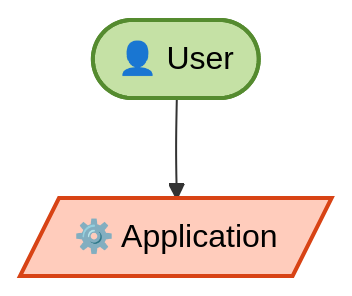
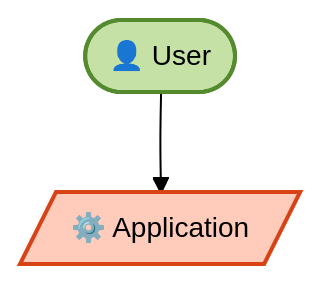
The diagram in calm-widgets/test-fixtures/block-architecture-widget/theme-custom/expected.md (finos/architecture-as-code), drawn with Mermaid before and after one commit. The commit also changed 18 other files, not shown here.

````diff
--- a/calm-widgets/test-fixtures/block-architecture-widget/theme-custom/expected.md
+++ b/calm-widgets/test-fixtures/block-architecture-widget/theme-custom/expected.md
@@ -2,23 +2,33 @@
 ```mermaid
+---
+config:
+  theme: base
+  themeVariables:
+    fontFamily: -apple-system, BlinkMacSystemFont, 'Segoe WPC', 'Segoe UI', system-ui, 'Ubuntu', sans-serif
+    darkMode: false
+    fontSize: 14px
+    edgeLabelBackground: '#d5d7e1'
+    lineColor: '#000000'
+---
 %%{init: {"flowchart": {"htmlLabels": false}}}%%
 flowchart TB
-classDef boundary fill:#e0f7fa,stroke:#00838f,stroke-dasharray: 5 4,stroke-width:2px,color:#000;
-classDef node fill:#ffffff,stroke:#01579b,stroke-width:1px,color:#000;
-classDef iface fill:#b3e5fc,stroke:#01579b,stroke-width:1px,font-size:10px,color:#000;
-classDef highlight fill:#fff9c4,stroke:#f57f17,stroke-width:2px,color:#000;
-classDef actor fill:#c5e1a5,stroke:#558b2f,stroke-width:2px,color:#000;
-classDef database fill:#fff3e0,stroke:#f57c00,stroke-width:2px,color:#000;
-classDef webclient fill:#f3e5f5,stroke:#7b1fa2,stroke-width:2px,color:#000;
-classDef service fill:#ffccbc,stroke:#d84315,stroke-width:2px,color:#000;
-classDef messagebus fill:#fce4ec,stroke:#c2185b,stroke-width:2px,color:#000;
-classDef system fill:#fff8e1,stroke:#f9a825,stroke-width:2px,color:#000;
+classDef boundary fill:#e0f7fa,stroke:#00838f,stroke-dasharray: 5 4,stroke-width:2px,color:#000000;
+classDef node fill:#ffffff,stroke:#01579b,stroke-width:1px,color:#000000;
+classDef iface fill:#b3e5fc,stroke:#01579b,stroke-width:1px,font-size:10px,color:#000000;
+classDef highlight fill:#fff9c4,stroke:#f57f17,stroke-width:2px,color:#000000;
+classDef actor fill:#c5e1a5,stroke:#558b2f,stroke-width:2px,color:#000000;
+classDef database fill:#eef1ff,stroke:#2052a2,stroke-width:1px,color:#000000;
+classDef webclient fill:#eef1ff,stroke:#156edf,stroke-width:1px,color:#000000;
+classDef service fill:#ffccbc,stroke:#d84315,stroke-width:2px,color:#000000;
+classDef messagebus fill:#eef1ff,stroke:#1c60c0,stroke-width:1px,color:#000000;
+classDef system fill:#eef1ff,stroke:#204485,stroke-width:1px,color:#000000;
 
 
     app[/"⚙️ Application"/]:::service
     user([👤 User]):::actor
 
     user --> app
 
 
 
 ```
````
